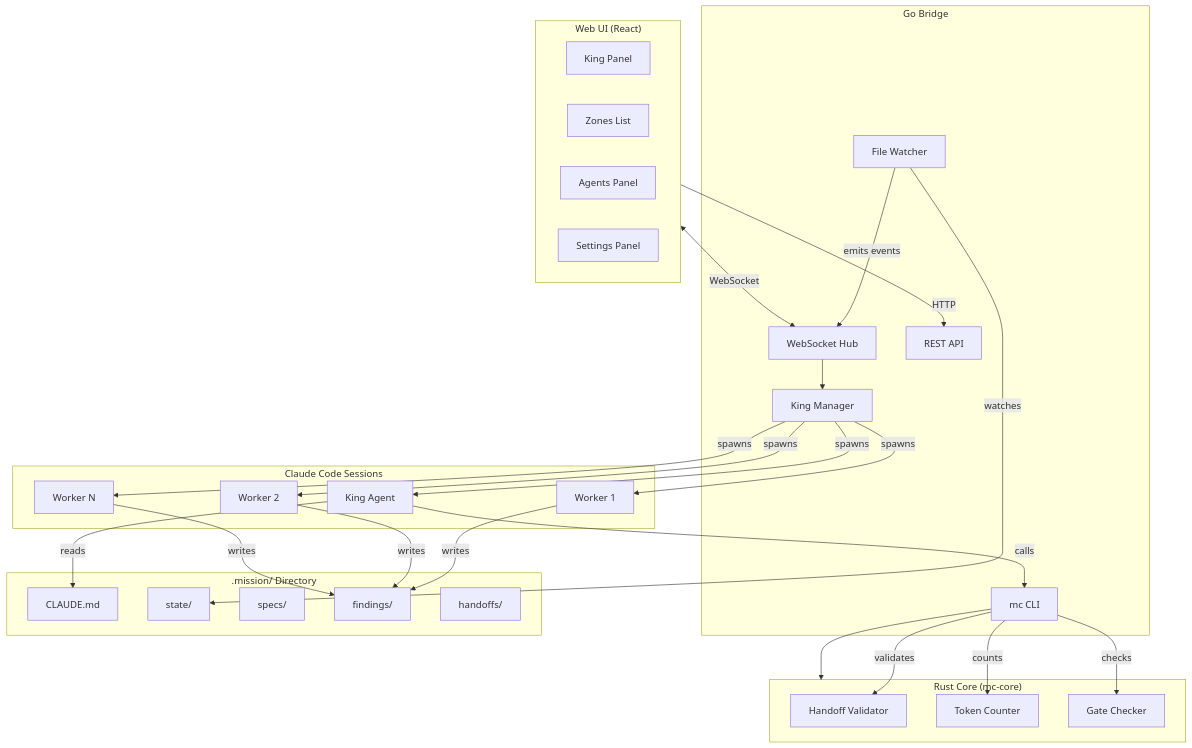
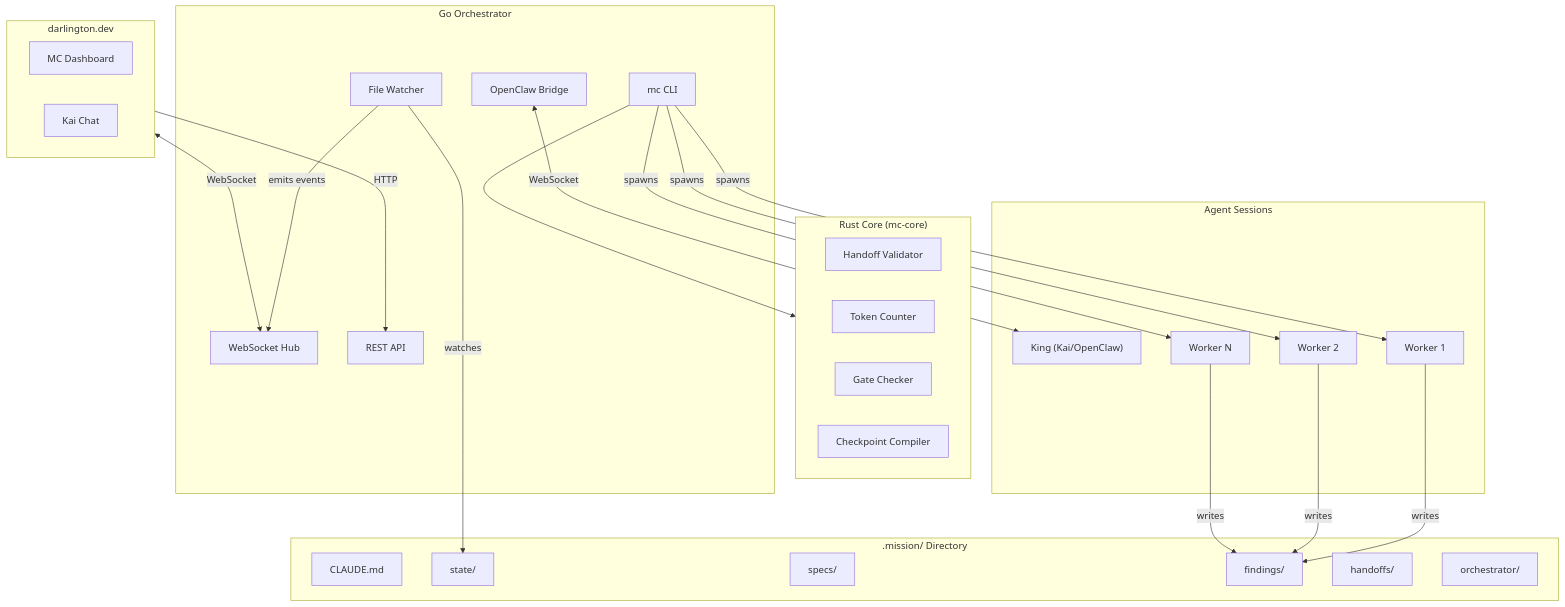
One commit to MikeSquared-Agency/MissionControl changed the first of 2 diagrams in ARCHITECTURE.md. Above: the diagram before and after it, drawn with Mermaid. The commit also changed other lines of this file and 7 other files, not shown here.

````diff
--- a/ARCHITECTURE.md
+++ b/ARCHITECTURE.md
@@ -7,57 +7,51 @@
 ```mermaid
 flowchart TB
-    subgraph UI["Web UI (React)"]
-        KP[King Panel]
-        ZL[Zones List]
-        AP[Agents Panel]
-        SP[Settings Panel]
+    subgraph UI["darlington.dev"]
+        MC[MC Dashboard]
+        KC[Kai Chat]
     end
 
-    subgraph Bridge["Go Bridge"]
+    subgraph Bridge["Go Orchestrator"]
         WS[WebSocket Hub]
-        KM[King Manager]
         FW[File Watcher]
         REST[REST API]
         CLI[mc CLI]
+        OC[OpenClaw Bridge]
     end
 
     subgraph Core["Rust Core (mc-core)"]
         VAL[Handoff Validator]
         TOK[Token Counter]
         GATE[Gate Checker]
+        CPC[Checkpoint Compiler]
     end
 
-    subgraph Agents["Claude Code Sessions"]
-        KING[King Agent]
+    subgraph Agents["Agent Sessions"]
+        KING["King (Kai/OpenClaw)"]
         W1[Worker 1]
         W2[Worker 2]
         W3[Worker N]
     end
 
     subgraph State[".mission/ Directory"]
         CLAUDE[CLAUDE.md]
-        STATE[state/]
+        ST[state/]
         SPECS[specs/]
         FIND[findings/]
         HAND[handoffs/]
+        ORCH[orchestrator/]
     end
 
     UI <-->|WebSocket| WS
     UI -->|HTTP| REST
-    WS --> KM
-    KM -->|spawns| KING
-    KM -->|spawns| W1
-    KM -->|spawns| W2
-    KM -->|spawns| W3
-    FW -->|watches| STATE
+    OC <-->|WebSocket| KING
+    CLI -->|spawns| W1
+    CLI -->|spawns| W2
+    CLI -->|spawns| W3
+    FW -->|watches| ST
     FW -->|emits events| WS
     CLI --> Core
-    KING -->|reads| CLAUDE
-    KING -->|calls| CLI
     W1 -->|writes| FIND
     W2 -->|writes| FIND
     W3 -->|writes| FIND
-    CLI -->|validates| VAL
-    CLI -->|counts| TOK
-    CLI -->|checks| GATE
 ```
````
